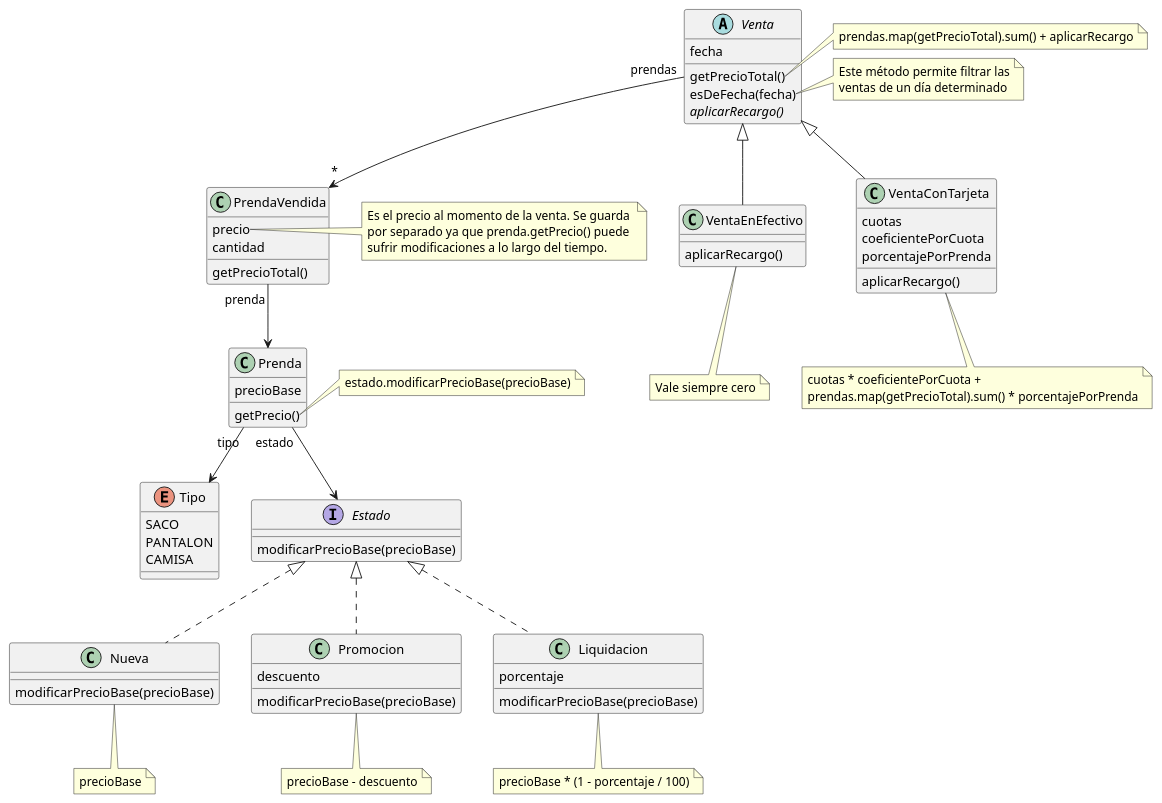
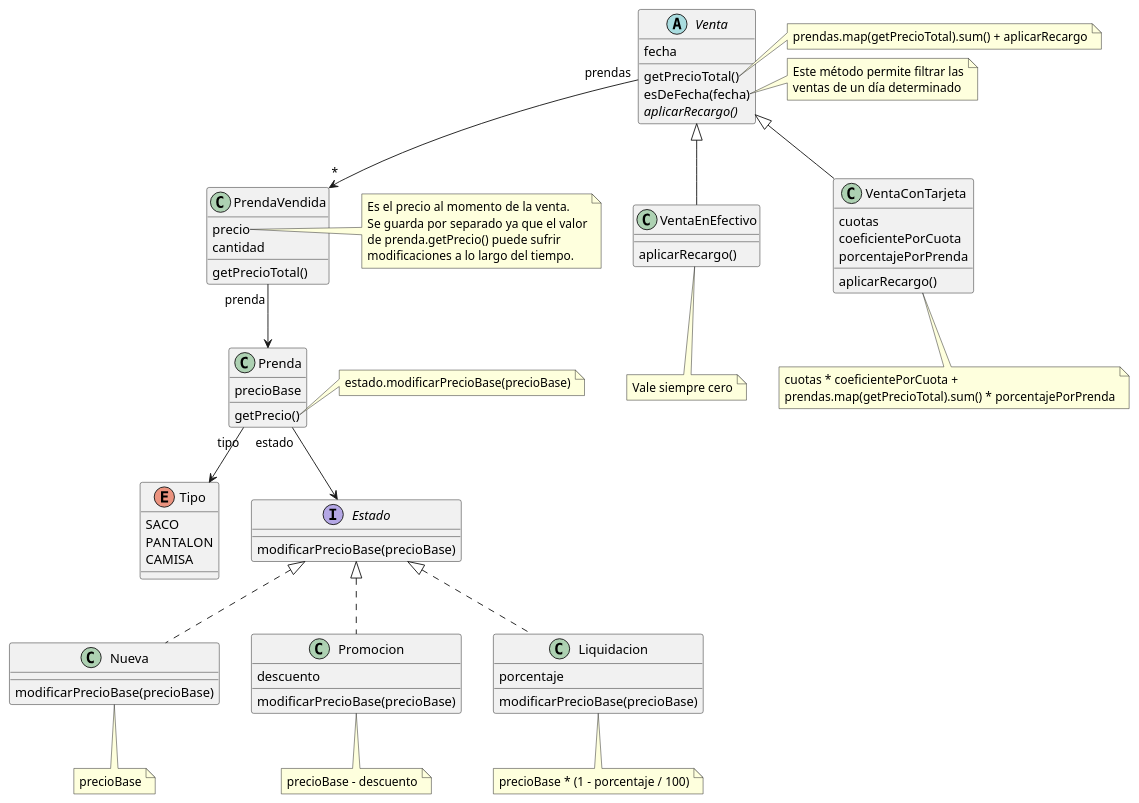
Before and after one commit to RaniAgus/dds-jv-2022-macowins: the diagram in docs/diagram.puml, drawn with PlantUML.

```diff
--- a/docs/diagram.puml
+++ b/docs/diagram.puml
@@ -1,112 +1,113 @@
 @startuml
 abstract class Venta {
   fecha
   getPrecioTotal()
   esDeFecha(fecha)
   {abstract} aplicarRecargo()
 }
 
 Venta "prendas" --> "*" PrendaVendida
 
 note right of Venta::getPrecioTotal
   prendas.map(getPrecioTotal).sum() + aplicarRecargo
 end note
 
 note right of Venta::esDeFecha
   Este método permite filtrar las
   ventas de un día determinado
 end note
 
 class VentaEnEfectivo extends Venta {
   aplicarRecargo()
 }
 
 note as RecargoEfectivo
   Vale siempre cero
 end note
 
 VentaEnEfectivo .. RecargoEfectivo
 
 class VentaConTarjeta extends Venta {
   cuotas
   coeficientePorCuota
   porcentajePorPrenda
   aplicarRecargo()
 }
 
 note as RecargoTarjeta
   cuotas * coeficientePorCuota + 
   prendas.map(getPrecioTotal).sum() * porcentajePorPrenda
 end note
 
 VentaConTarjeta .. RecargoTarjeta
 
 class PrendaVendida {
   precio
   cantidad
   getPrecioTotal()
 }
 
 PrendaVendida "prenda" --> Prenda
 
 note right of PrendaVendida::precio
-  Es el precio al momento de la venta. Se guarda 
-  por separado ya que prenda.getPrecio() puede 
-  sufrir modificaciones a lo largo del tiempo.
+  Es el precio al momento de la venta. 
+  Se guarda por separado ya que el valor
+  de prenda.getPrecio() puede sufrir 
+  modificaciones a lo largo del tiempo.
 end note
 
 class Prenda {
   precioBase
   getPrecio()
 }
 
 Prenda "tipo" --> Tipo
 Prenda "estado" --> Estado
 
 note right of Prenda::getPrecio
   estado.modificarPrecioBase(precioBase)
 end note
 
 enum Tipo {
   SACO
   PANTALON
   CAMISA
 }
 
 interface Estado {
   modificarPrecioBase(precioBase)
 }
 
 class Nueva implements Estado {
   modificarPrecioBase(precioBase)
 }
 
 note as NuevaCalculo
 precioBase
 end note
 
 Nueva .. NuevaCalculo
 
 class Promocion implements Estado {
   descuento
   modificarPrecioBase(precioBase)
 }
 
 note as PromocionCalculo
 precioBase - descuento
 end note
 
 Promocion .. PromocionCalculo
 
 class Liquidacion implements Estado {
   porcentaje
   modificarPrecioBase(precioBase)
 }
 
 note as LiquidacionCalculo
 precioBase * (1 - porcentaje / 100)
 end note
 
 Liquidacion .. LiquidacionCalculo
 
 @enduml
```
